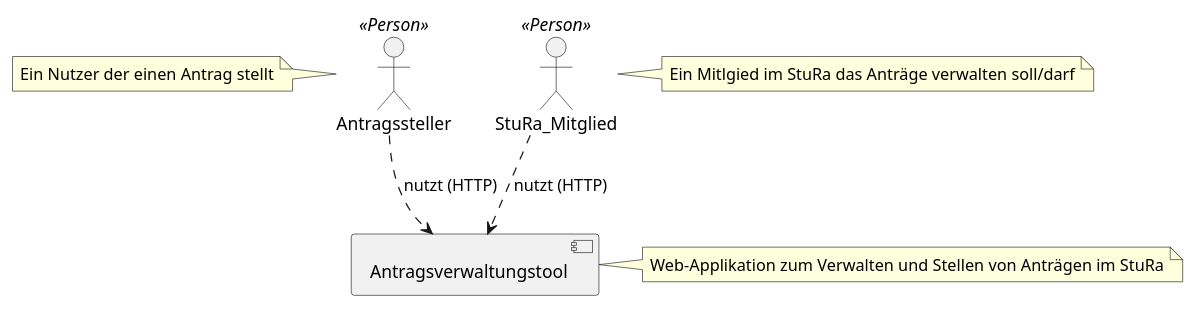
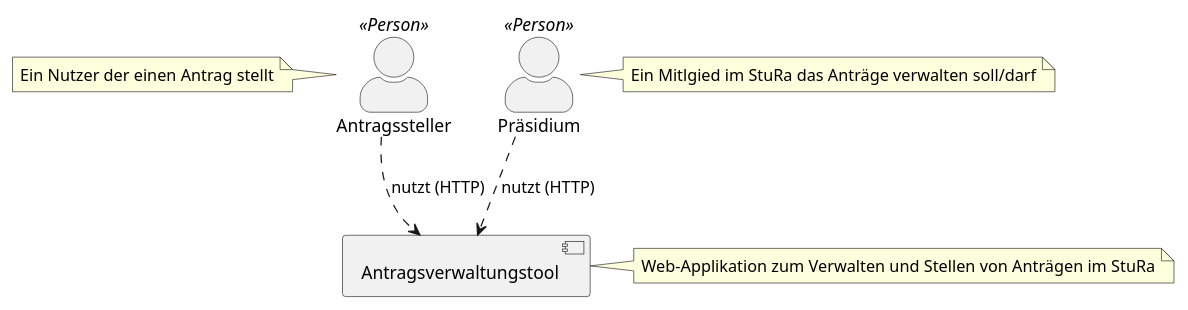
The diagram in docs/development/diagrams/c4_l1.puml (EdLaser/I3_Antragsverwaltungstool), drawn with PlantUML before and after one commit. The commit also changed 2 other files, not shown here.

```diff
--- a/docs/development/diagrams/c4_l1.puml
+++ b/docs/development/diagrams/c4_l1.puml
@@ -1,13 +1,15 @@
 @startuml "Level 1 - Context"
 
+skinparam actorStyle awesome
+
 actor Antragssteller <<Person>>
-actor StuRa_Mitglied <<Person>>
+actor Präsidium <<Person>>
 [Antragsverwaltungstool]
 note right of [Antragsverwaltungstool] : Web-Applikation zum Verwalten und Stellen von Anträgen im StuRa
 
 Antragssteller ..> Antragsverwaltungstool : nutzt (HTTP)
-StuRa_Mitglied ..> Antragsverwaltungstool : nutzt (HTTP)
+Präsidium ..> Antragsverwaltungstool : nutzt (HTTP)
 
 note left of Antragssteller : Ein Nutzer der einen Antrag stellt
-note right of StuRa_Mitglied : Ein Mitlgied im StuRa das Anträge verwalten soll/darf
+note right of Präsidium : Ein Mitlgied im StuRa das Anträge verwalten soll/darf
 @enduml
```
